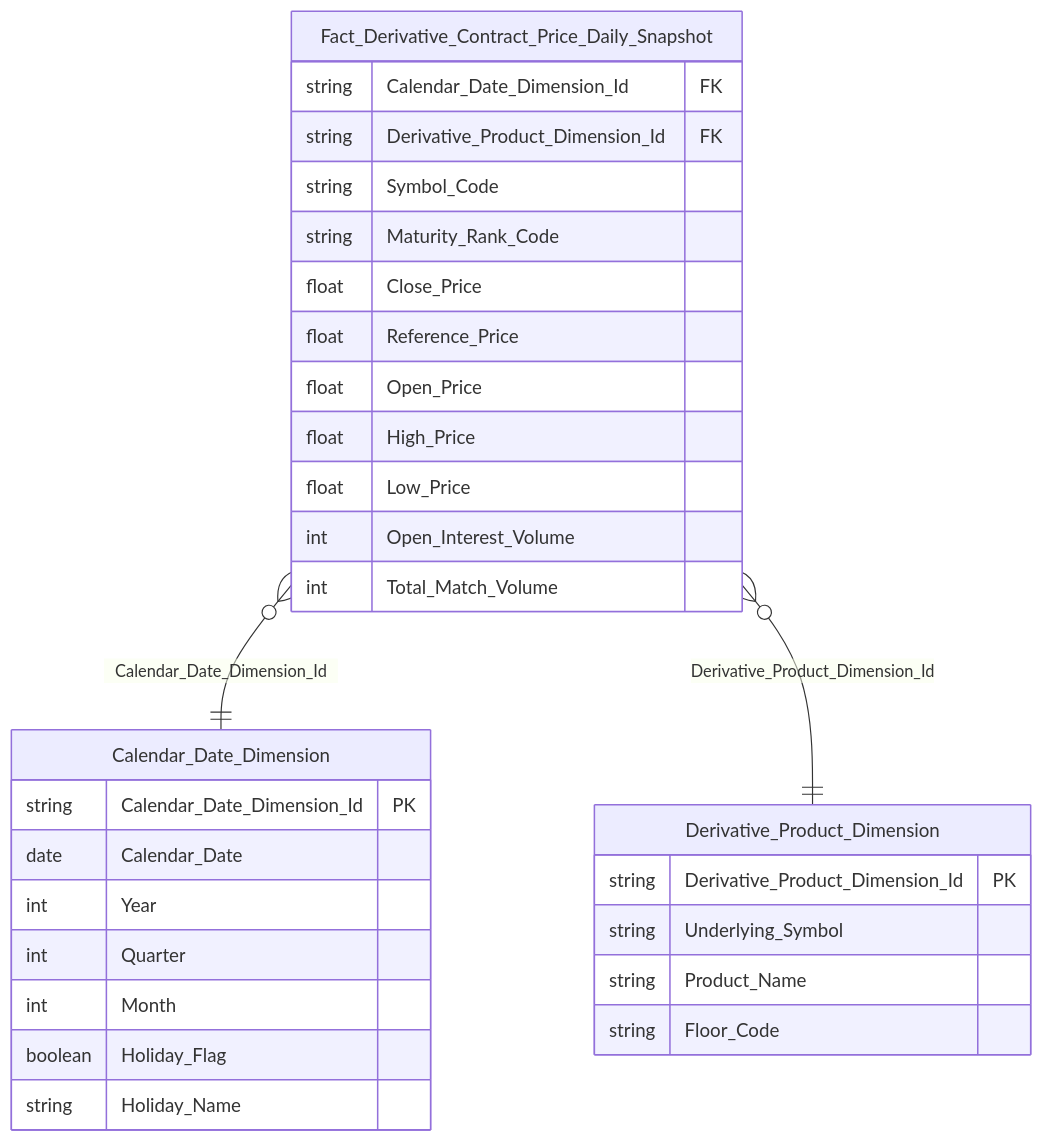
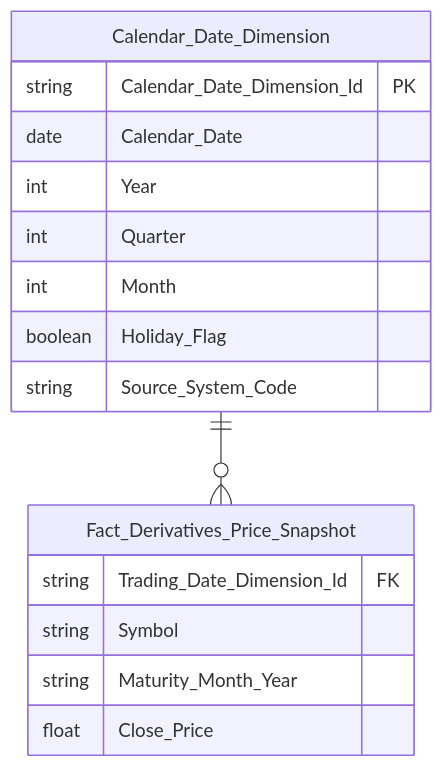
Before and after one commit to linhlvit/ubck_atomic_design: diagram 12 of 22 in Datamart/hld/DTM_VP_HLD.md, drawn with Mermaid. The commit also changed other lines of this file and 14 other files, not shown here.

````diff
--- a/Datamart/hld/DTM_VP_HLD.md
+++ b/Datamart/hld/DTM_VP_HLD.md
@@ -591,33 +454,19 @@
 ```mermaid
 erDiagram
-    Fact_Derivative_Contract_Price_Daily_Snapshot {
-        string Calendar_Date_Dimension_Id FK
-        string Derivative_Product_Dimension_Id FK
-        string Symbol_Code
-        string Maturity_Rank_Code
-        float Close_Price
-        float Reference_Price
-        float Open_Price
-        float High_Price
-        float Low_Price
-        int Open_Interest_Volume
-        int Total_Match_Volume
-    }
     Calendar_Date_Dimension {
         string Calendar_Date_Dimension_Id PK
         date Calendar_Date
         int Year
         int Quarter
         int Month
         boolean Holiday_Flag
-        string Holiday_Name
+        string Source_System_Code
     }
-    Derivative_Product_Dimension {
-        string Derivative_Product_Dimension_Id PK
-        string Underlying_Symbol
-        string Product_Name
-        string Floor_Code
+    Fact_Derivatives_Price_Snapshot {
+        string Trading_Date_Dimension_Id FK
+        string Symbol
+        string Maturity_Month_Year
+        float Close_Price
     }
-    Fact_Derivative_Contract_Price_Daily_Snapshot }o--|| Calendar_Date_Dimension : "Calendar_Date_Dimension_Id"
-    Fact_Derivative_Contract_Price_Daily_Snapshot }o--|| Derivative_Product_Dimension : "Derivative_Product_Dimension_Id"
+    Calendar_Date_Dimension ||--o{ Fact_Derivatives_Price_Snapshot : " "
 ```
````
